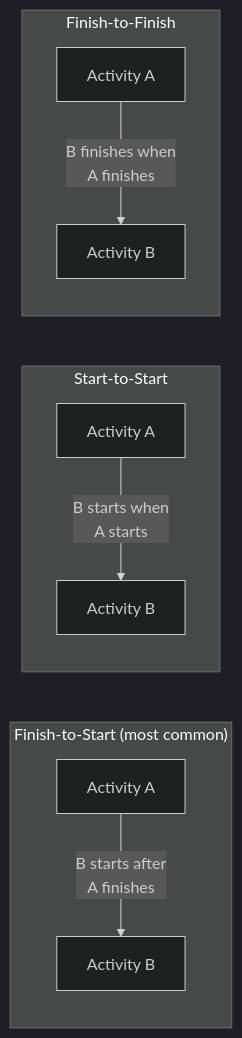
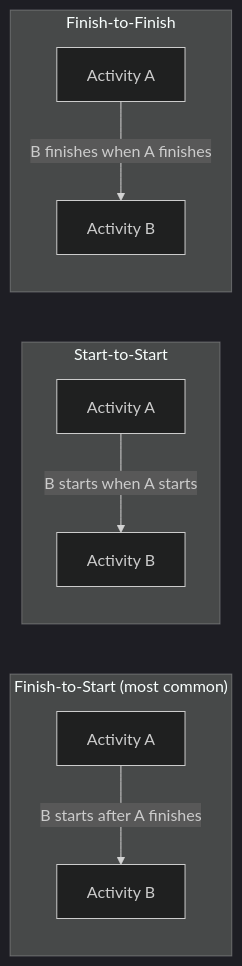
The third of 5 diagrams in modules/04-planning.md (UncleJS/course_projectManagement), drawn with Mermaid (dark theme) before and after one commit. The commit also changed other lines of this file and 16 other files, not shown here.

Commit message:
Fix Mermaid rendering: remove literal \n from all diagram labels; quote unquoted & in flowchart nodes

````diff
--- a/modules/04-planning.md
+++ b/modules/04-planning.md
@@ -173,12 +173,12 @@
 ```mermaid
 flowchart LR
     subgraph FS["Finish-to-Start (most common)"]
-        A1["Activity A"] -->|"B starts after\nA finishes"| B1["Activity B"]
+        A1["Activity A"] -->|"B starts after A finishes"| B1["Activity B"]
     end
     subgraph SS["Start-to-Start"]
-        A2["Activity A"] -->|"B starts when\nA starts"| B2["Activity B"]
+        A2["Activity A"] -->|"B starts when A starts"| B2["Activity B"]
     end
     subgraph FF["Finish-to-Finish"]
-        A3["Activity A"] -->|"B finishes when\nA finishes"| B3["Activity B"]
+        A3["Activity A"] -->|"B finishes when A finishes"| B3["Activity B"]
     end
 ```
````
